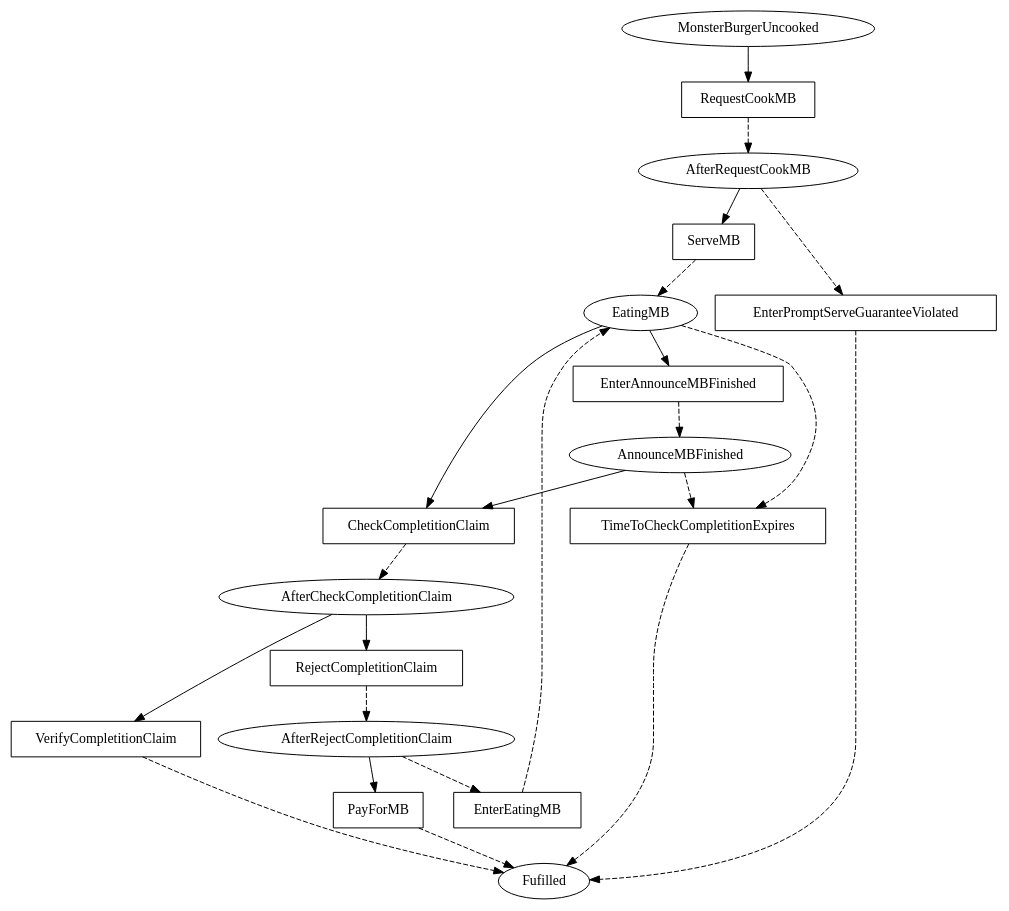
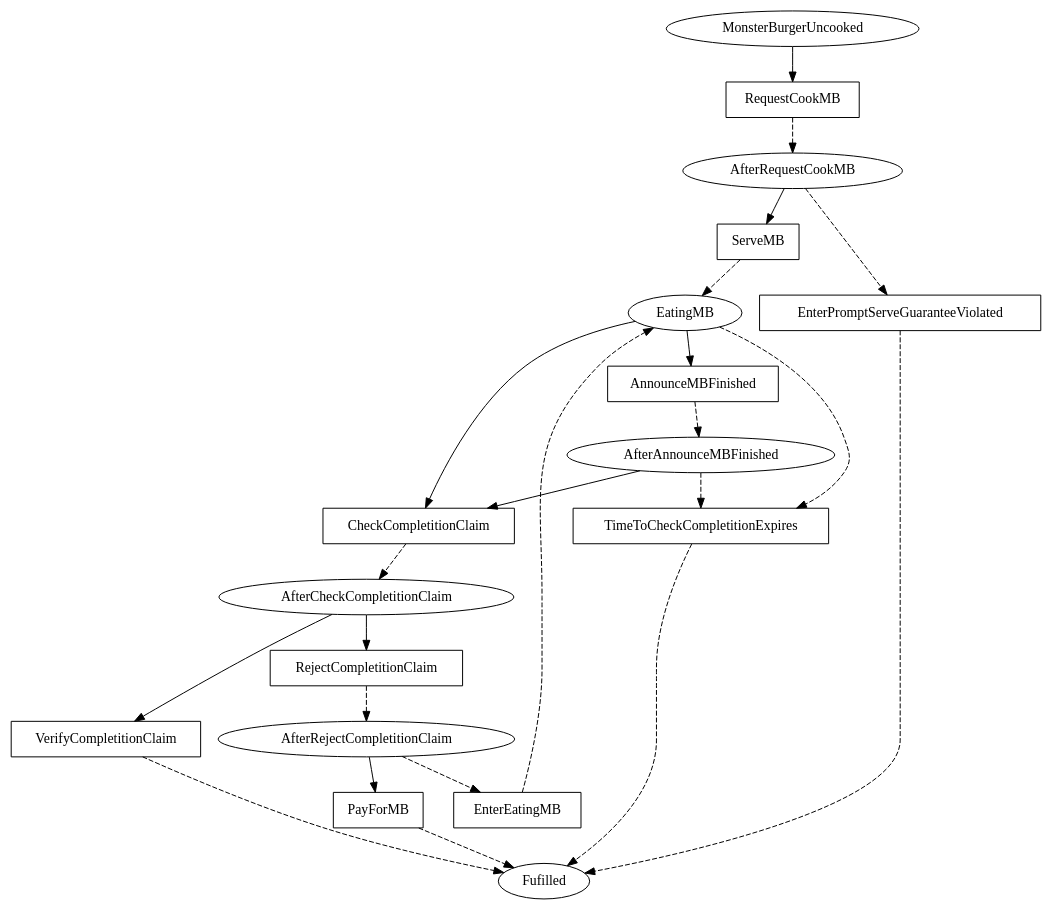
One commit to Marcao02/complaw-deeptech changed the diagram in linear_state_machine_language/pyL4/examples_graphviz_gen/toy_and_teaching/monster_burger_program_only.dot. Above: the diagram before and after it, drawn with Graphviz. The commit also changed 6 other files, not shown here.

```diff
--- a/linear_state_machine_language/pyL4/examples_graphviz_gen/toy_and_teaching/monster_burger_program_only.dot
+++ b/linear_state_machine_language/pyL4/examples_graphviz_gen/toy_and_teaching/monster_burger_program_only.dot
@@ -1,49 +1,49 @@
 // THIS IS A GENERATED FILE. DO NOT EDIT.
 
 digraph Monster_Burger {    
     Fulfilled[label=Fufilled];
     MonsterBurgerUncooked[label=MonsterBurgerUncooked];
 	AfterRequestCookMB[label=AfterRequestCookMB];
 	EatingMB[label=EatingMB];
-	AnnounceMBFinished[label=AnnounceMBFinished];
+	AfterAnnounceMBFinished[label=AfterAnnounceMBFinished];
 	AfterCheckCompletitionClaim[label=AfterCheckCompletitionClaim];
 	AfterRejectCompletitionClaim[label=AfterRejectCompletitionClaim]
     
      
     RequestCookMB[label=RequestCookMB,shape=box];
 	ServeMB[label=ServeMB,shape=box];
 	EnterPromptServeGuaranteeViolated[label=EnterPromptServeGuaranteeViolated,shape=box];
 	EnterEatingMB[label=EnterEatingMB,shape=box];
-	EnterAnnounceMBFinished[label=EnterAnnounceMBFinished,shape=box];
+	AnnounceMBFinished[label=AnnounceMBFinished,shape=box];
 	TimeToCheckCompletitionExpires[label=TimeToCheckCompletitionExpires,shape=box];
 	CheckCompletitionClaim[label=CheckCompletitionClaim,shape=box];
 	RejectCompletitionClaim[label=RejectCompletitionClaim,shape=box];
 	PayForMB[label=PayForMB,shape=box];
 	VerifyCompletitionClaim[label=VerifyCompletitionClaim,shape=box]    
     
     
     
     MonsterBurgerUncooked -> RequestCookMB;
 	AfterRequestCookMB -> ServeMB;
 	AfterRequestCookMB -> EnterPromptServeGuaranteeViolated [style=dashed];
-	EatingMB -> EnterAnnounceMBFinished;
+	EatingMB -> AnnounceMBFinished;
 	EatingMB -> CheckCompletitionClaim;
 	EatingMB -> TimeToCheckCompletitionExpires [style=dashed];
-	AnnounceMBFinished -> CheckCompletitionClaim;
-	AnnounceMBFinished -> TimeToCheckCompletitionExpires [style=dashed];
+	AfterAnnounceMBFinished -> CheckCompletitionClaim;
+	AfterAnnounceMBFinished -> TimeToCheckCompletitionExpires [style=dashed];
 	AfterCheckCompletitionClaim -> VerifyCompletitionClaim;
 	AfterCheckCompletitionClaim -> RejectCompletitionClaim;
 	AfterRejectCompletitionClaim -> EnterEatingMB [style=dashed];
 	AfterRejectCompletitionClaim -> PayForMB
     
     RequestCookMB -> AfterRequestCookMB [style=dashed];
 	ServeMB -> EatingMB [style=dashed];
 	EnterPromptServeGuaranteeViolated -> Fulfilled [style=dashed];
 	EnterEatingMB -> EatingMB [style=dashed];
-	EnterAnnounceMBFinished -> AnnounceMBFinished [style=dashed];
+	AnnounceMBFinished -> AfterAnnounceMBFinished [style=dashed];
 	TimeToCheckCompletitionExpires -> Fulfilled [style=dashed];
 	CheckCompletitionClaim -> AfterCheckCompletitionClaim [style=dashed];
 	RejectCompletitionClaim -> AfterRejectCompletitionClaim [style=dashed];
 	PayForMB -> Fulfilled [style=dashed];
 	VerifyCompletitionClaim -> Fulfilled [style=dashed]        
 }
```
